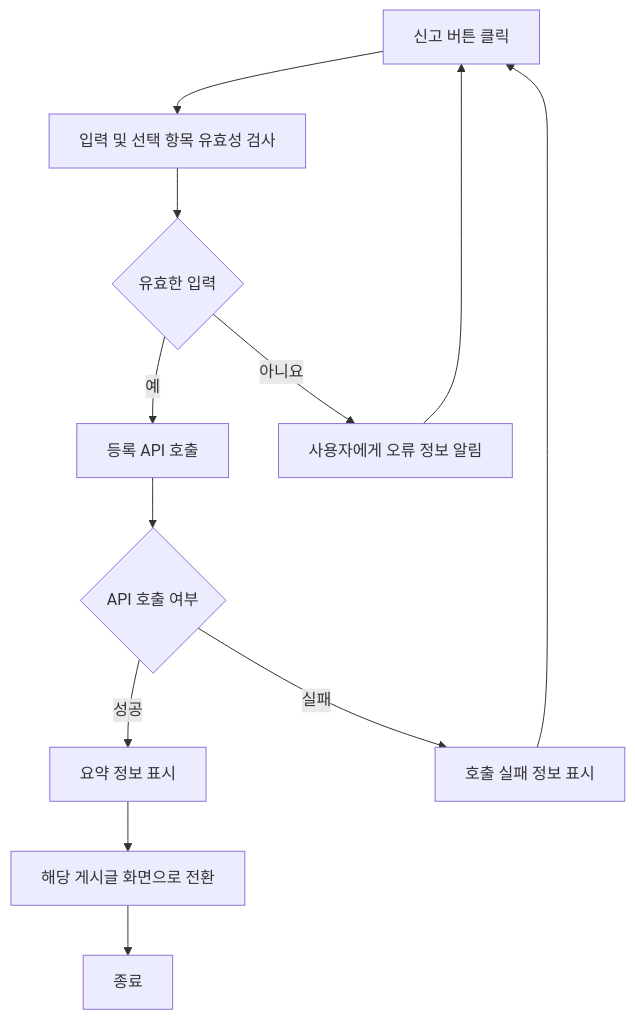
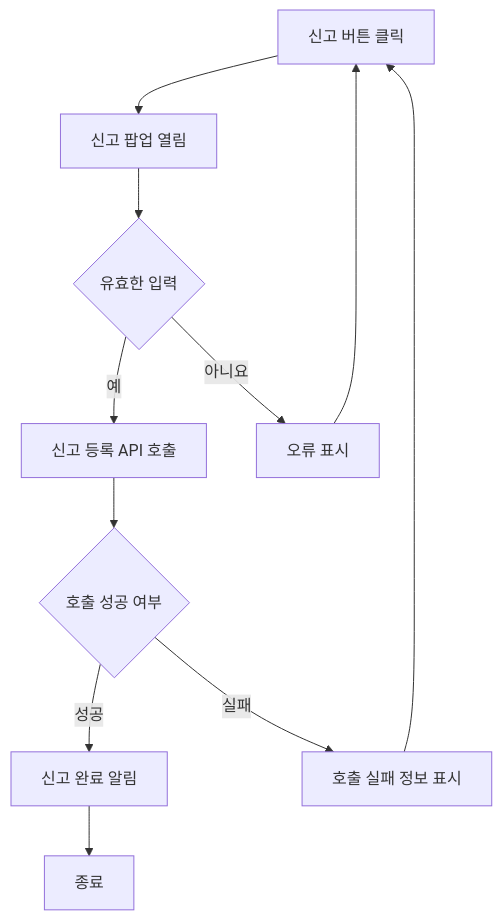
One commit to Dev-FE-2/3_swim_diary changed diagram 33 of 40 in design/기능정의서.md. Above: the diagram before and after it, drawn with Mermaid. The commit also changed other lines of this file and 1 other file, not shown here.

````diff
--- a/design/기능정의서.md
+++ b/design/기능정의서.md
@@ -328,15 +769,13 @@
     ```mermaid
     flowchart TD
-        A[신고 버튼 클릭] --> B[입력 및 선택 항목 유효성 검사]
+        A[신고 버튼 클릭] --> B[신고 팝업 열림]
         B --> C{유효한 입력}
-        C -- 예 --> D[등록 API 호출]
-        C -- 아니요 --> E[사용자에게 오류 정보 알림]
+        C -- 예 --> D[신고 등록 API 호출]
+        C -- 아니요 --> E[오류 표시]
         E --> A
-        D --> F{API 호출 여부}
-        F -- 성공 --> G[요약 정보 표시]
+        D --> F{호출 성공 여부}
+        F -- 성공 --> G[신고 완료 알림] 
         F -- 실패 --> H[호출 실패 정보 표시]
         H --> A
-        G --> I[해당 게시글 화면으로 전환]
-        I --> Z[종료]
-
+        G --> Z[종료]
     ```
````
